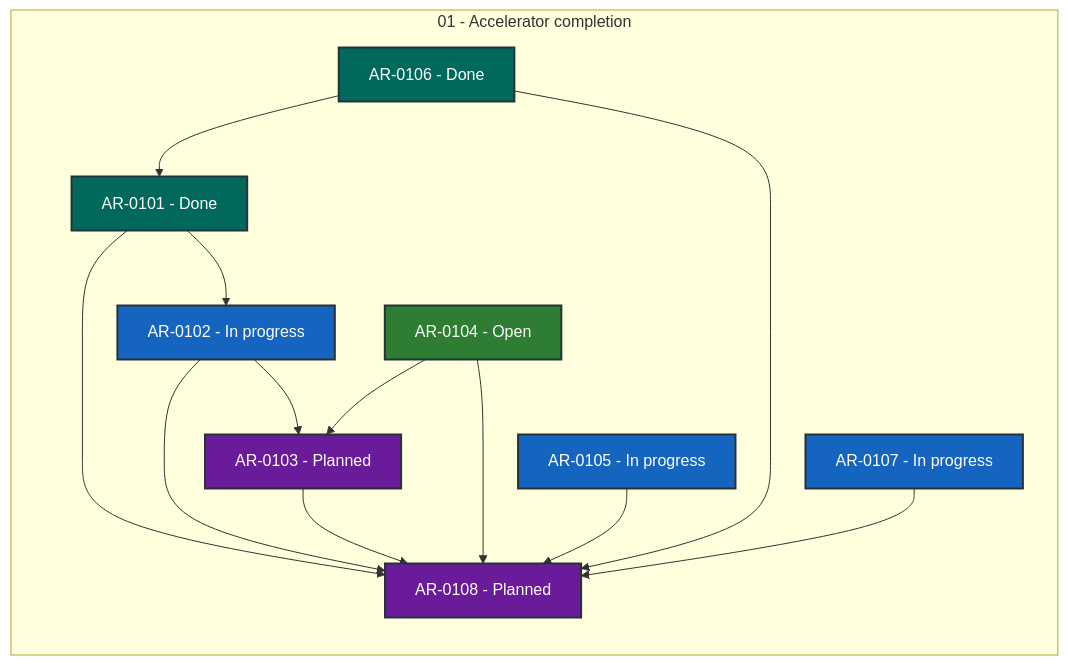
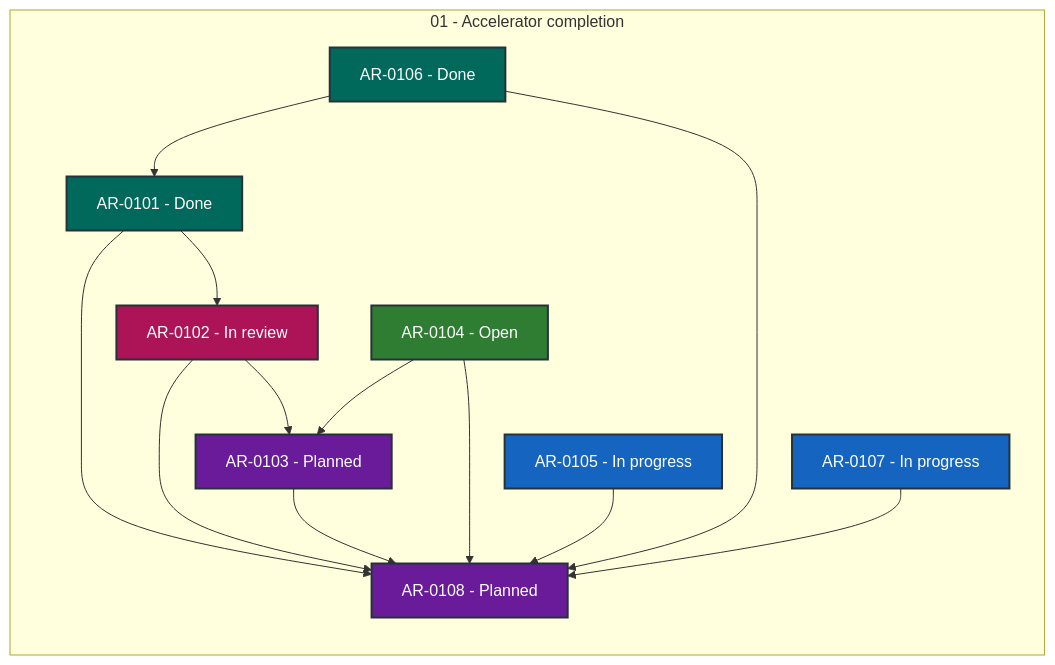
Before and after one commit to locutus3009/exgame: the diagram in coordination/STATUS.md, drawn with Mermaid. The commit also changed other lines of this file and 2 other files, not shown here.

````diff
--- a/coordination/STATUS.md
+++ b/coordination/STATUS.md
@@ -28,34 +28,34 @@
 ```mermaid
 flowchart LR
     subgraph series_01["01 - Accelerator completion"]
         direction TB
         AR_0101["AR-0101 - Done"]:::status_done
-        AR_0102["AR-0102 - In progress"]:::status_in_progress
+        AR_0102["AR-0102 - In review"]:::status_in_review
         AR_0103["AR-0103 - Planned"]:::status_planned
         AR_0104["AR-0104 - Open"]:::status_open
         AR_0105["AR-0105 - In progress"]:::status_in_progress
         AR_0106["AR-0106 - Done"]:::status_done
         AR_0107["AR-0107 - In progress"]:::status_in_progress
         AR_0108["AR-0108 - Planned"]:::status_planned
     end
     AR_0101 --> AR_0102
     AR_0101 --> AR_0108
     AR_0102 --> AR_0103
     AR_0102 --> AR_0108
     AR_0103 --> AR_0108
     AR_0104 --> AR_0103
     AR_0104 --> AR_0108
     AR_0105 --> AR_0108
     AR_0106 --> AR_0101
     AR_0106 --> AR_0108
     AR_0107 --> AR_0108
     classDef status_in_progress fill:#1565c0,color:#ffffff,stroke:#263238,stroke-width:2px
     classDef status_in_review fill:#ad1457,color:#ffffff,stroke:#263238,stroke-width:2px
     classDef status_open fill:#2e7d32,color:#ffffff,stroke:#263238,stroke-width:2px
     classDef status_blocked fill:#c62828,color:#ffffff,stroke:#263238,stroke-width:2px
     classDef status_planned fill:#6a1b9a,color:#ffffff,stroke:#263238,stroke-width:2px
     classDef status_future fill:#455a64,color:#ffffff,stroke:#263238,stroke-width:2px
     classDef status_done fill:#00695c,color:#ffffff,stroke:#263238,stroke-width:2px
     classDef status_cancelled fill:#616161,color:#ffffff,stroke:#263238,stroke-width:2px
     classDef status_superseded fill:#5d4037,color:#ffffff,stroke:#263238,stroke-width:2px
 ```
````
